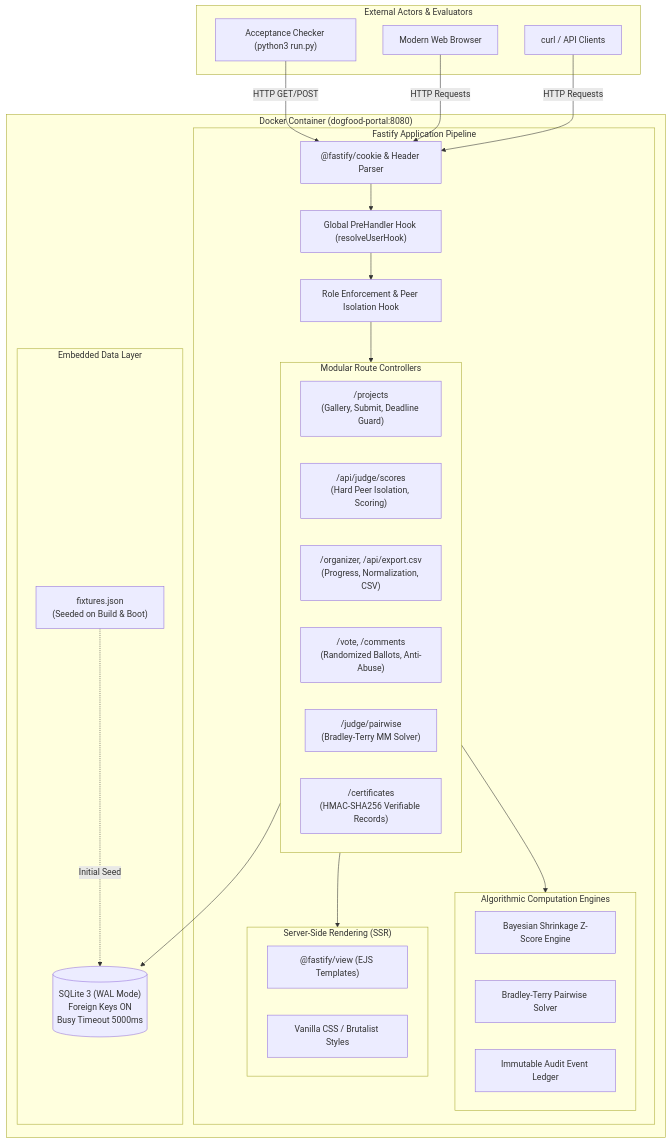
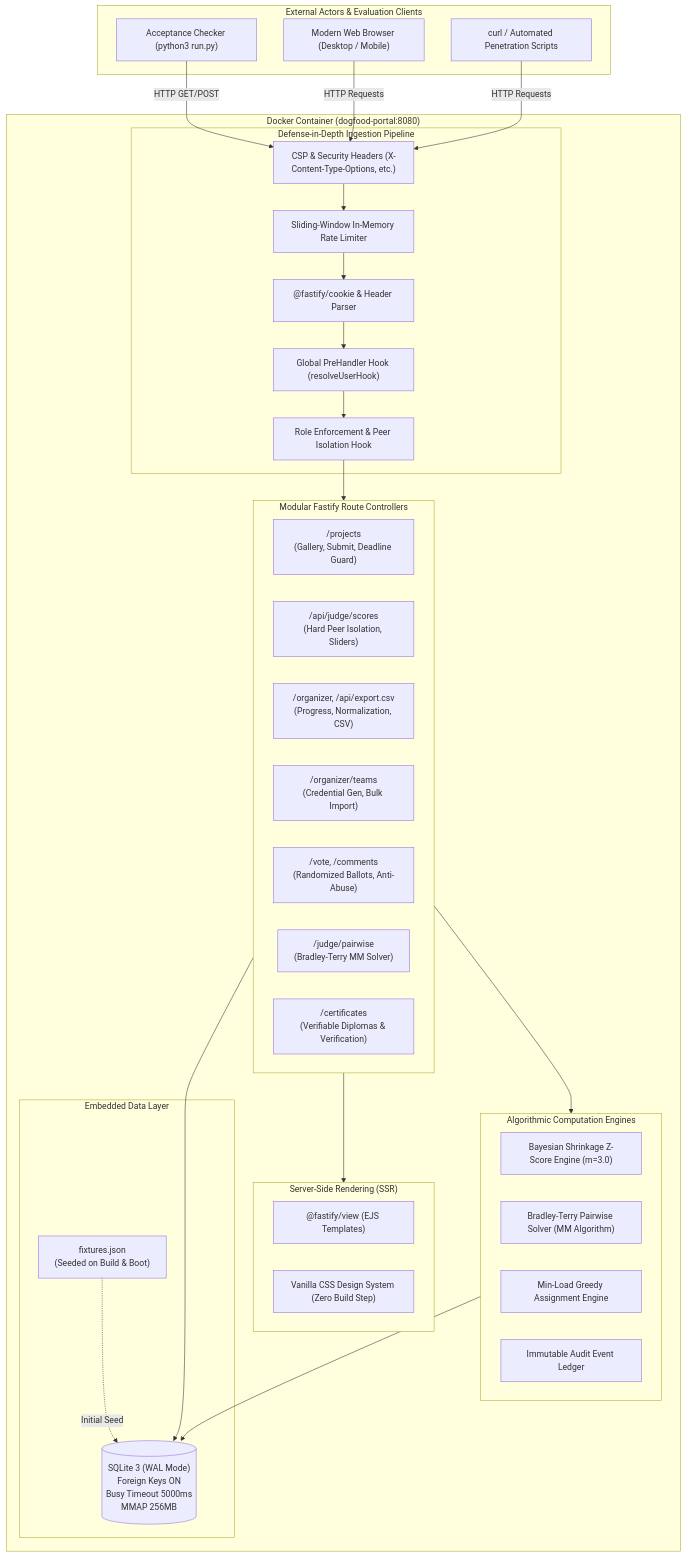
One commit to jhanikhilnath/PrismJudge_DogFood_Hack changed the first of 2 diagrams in ARCHITECTURE.md. Above: the diagram before and after it, drawn with Mermaid. The commit also changed other lines of this file and 39 other files, not shown here.

````diff
--- a/ARCHITECTURE.md
+++ b/ARCHITECTURE.md
@@ -10,54 +9,61 @@
 ```mermaid
 flowchart TD
-    subgraph External ["External Actors & Evaluators"]
+    subgraph External ["External Actors & Evaluation Clients"]
         Checker["Acceptance Checker (python3 run.py)"]
-        Browser["Modern Web Browser"]
-        Curl["curl / API Clients"]
+        Browser["Modern Web Browser (Desktop / Mobile)"]
+        Curl["curl / Automated Penetration Scripts"]
     end
 
     subgraph Container ["Docker Container (dogfood-portal:8080)"]
-        subgraph FastifyPipeline ["Fastify Application Pipeline"]
+        subgraph SecurityLayer ["Defense-in-Depth Ingestion Pipeline"]
+            CSP["CSP & Security Headers (X-Content-Type-Options, etc.)"]
+            RateLimiter["Sliding-Window In-Memory Rate Limiter"]
             CookieParser["@fastify/cookie & Header Parser"]
             AuthHook["Global PreHandler Hook (resolveUserHook)"]
             RBACHook["Role Enforcement & Peer Isolation Hook"]
+        end
             
-            subgraph Routers ["Modular Route Controllers"]
-                ProjectsR["/projects\n(Gallery, Submit, Deadline Guard)"]
-                JudgingR["/api/judge/scores\n(Hard Peer Isolation, Scoring)"]
-                OrganizerR["/organizer, /api/export.csv\n(Progress, Normalization, CSV)"]
-                CommunityR["/vote, /comments\n(Randomized Ballots, Anti-Abuse)"]
-                PairwiseR["/judge/pairwise\n(Bradley-Terry MM Solver)"]
-                WebhooksR["/certificates\n(HMAC-SHA256 Verifiable Records)"]
-            end
+        subgraph Routers ["Modular Fastify Route Controllers"]
+            ProjectsR["/projects\n(Gallery, Submit, Deadline Guard)"]
+            JudgingR["/api/judge/scores\n(Hard Peer Isolation, Sliders)"]
+            OrganizerR["/organizer, /api/export.csv\n(Progress, Normalization, CSV)"]
+            TeamsR["/organizer/teams\n(Credential Gen, Bulk Import)"]
+            CommunityR["/vote, /comments\n(Randomized Ballots, Anti-Abuse)"]
+            PairwiseR["/judge/pairwise\n(Bradley-Terry MM Solver)"]
+            WebhooksR["/certificates\n(Verifiable Diplomas & Verification)"]
+        end
 
-            subgraph Engines ["Algorithmic Computation Engines"]
-                BayesianNorm["Bayesian Shrinkage Z-Score Engine"]
-                BTEstimator["Bradley-Terry Pairwise Solver"]
-                AuditTrail["Immutable Audit Event Ledger"]
-            end
+        subgraph Engines ["Algorithmic Computation Engines"]
+            BayesianNorm["Bayesian Shrinkage Z-Score Engine (m=3.0)"]
+            BTEstimator["Bradley-Terry Pairwise Solver (MM Algorithm)"]
+            WorkloadBalancer["Min-Load Greedy Assignment Engine"]
+            AuditTrail["Immutable Audit Event Ledger"]
+        end
 
-            subgraph ViewLayer ["Server-Side Rendering (SSR)"]
-                EJSEngine["@fastify/view (EJS Templates)"]
-                StaticAssets["Vanilla CSS / Brutalist Styles"]
-            end
+        subgraph ViewLayer ["Server-Side Rendering (SSR)"]
+            EJSEngine["@fastify/view (EJS Templates)"]
+            StudioLight["Vanilla CSS Design System (Zero Build Step)"]
         end
 
         subgraph Persistence ["Embedded Data Layer"]
-            SQLiteDB[("SQLite 3 (WAL Mode)\nForeign Keys ON\nBusy Timeout 5000ms")]
+            SQLiteDB[("SQLite 3 (WAL Mode)\nForeign Keys ON\nBusy Timeout 5000ms\nMMAP 256MB")]
             FixturesData["fixtures.json\n(Seeded on Build & Boot)"]
         end
     end
 
-    Checker -->|HTTP GET/POST| CookieParser
-    Browser -->|HTTP Requests| CookieParser
-    Curl -->|HTTP Requests| CookieParser
+    Checker -->|HTTP GET/POST| CSP
+    Browser -->|HTTP Requests| CSP
+    Curl -->|HTTP Requests| CSP
 
+    CSP --> RateLimiter
+    RateLimiter --> CookieParser
     CookieParser --> AuthHook
     AuthHook --> RBACHook
     RBACHook --> Routers
 
     Routers --> Engines
     Routers --> ViewLayer
     Routers --> SQLiteDB
+    Engines --> SQLiteDB
     FixturesData -.->|Initial Seed| SQLiteDB
 ```
````
